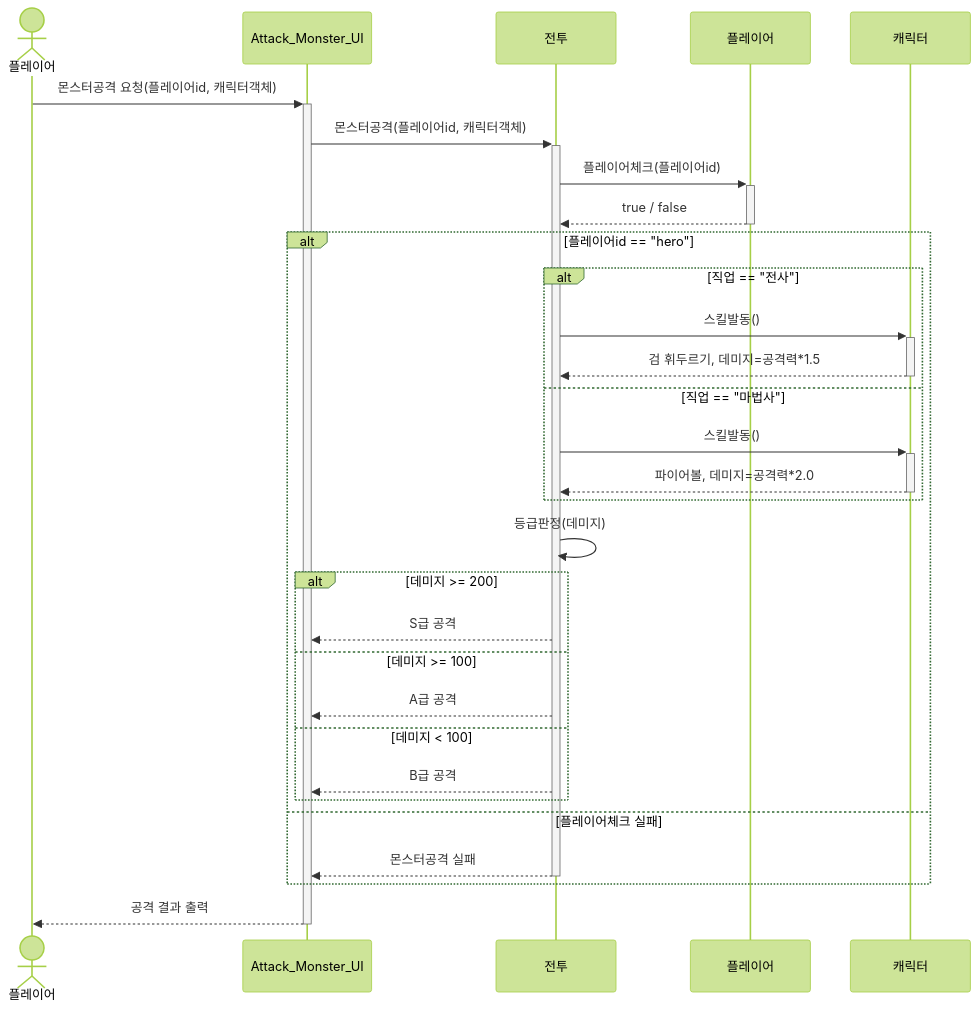
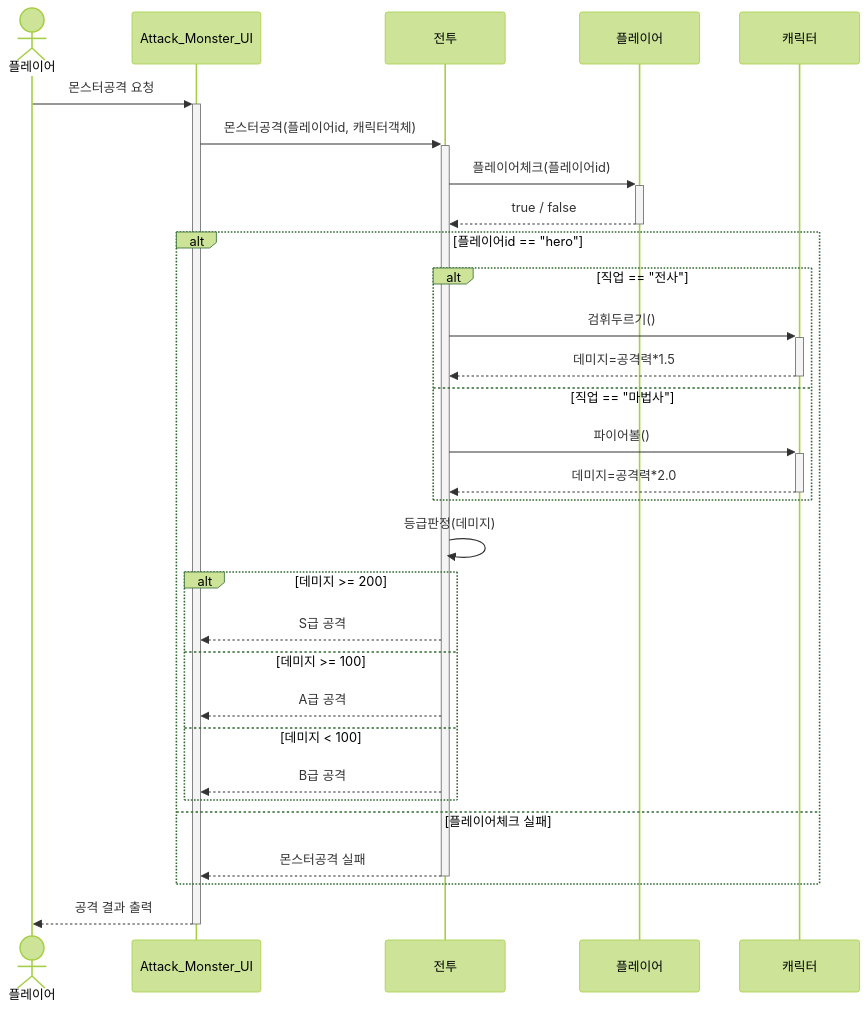
Before and after one commit to Sewqp/Dnf_game_Team6: the diagram in 공격순차도.md, drawn with Mermaid (forest theme). The commit also changed other lines of this file, not shown here.

````diff
--- a/공격순차도.md
+++ b/공격순차도.md
@@ -3,39 +1,38 @@
 ```mermaid
 sequenceDiagram
     actor 플레이어
     participant Attack_Monster_UI
     participant 전투
     participant 플레이어객체 as 플레이어
     participant 캐릭터
 
-    플레이어 ->>+ Attack_Monster_UI: 몬스터공격 요청(플레이어id, 캐릭터객체)
+    플레이어 ->>+ Attack_Monster_UI: 몬스터공격 요청
     Attack_Monster_UI ->>+ 전투: 몬스터공격(플레이어id, 캐릭터객체)
 
     전투 ->>+ 플레이어객체: 플레이어체크(플레이어id)
     플레이어객체 -->>- 전투: true / false
 
     alt 플레이어id == "hero"
         alt 직업 == "전사"
-            전투 ->>+ 캐릭터: 스킬발동()
-            캐릭터 -->>- 전투: 검 휘두르기, 데미지=공격력*1.5
+            전투 ->>+ 캐릭터: 검휘두르기()
+            캐릭터 -->>- 전투: 데미지=공격력*1.5
         else 직업 == "마법사"
-            전투 ->>+ 캐릭터: 스킬발동()
-            캐릭터 -->>- 전투: 파이어볼, 데미지=공격력*2.0
+            전투 ->>+ 캐릭터: 파이어볼()
+            캐릭터 -->>- 전투: 데미지=공격력*2.0
         end
 
         전투 ->> 전투: 등급판정(데미지)
 
         alt 데미지 >= 200
             전투 -->> Attack_Monster_UI: S급 공격
         else 데미지 >= 100
             전투 -->> Attack_Monster_UI: A급 공격
         else 데미지 < 100
             전투 -->> Attack_Monster_UI: B급 공격
         end
-
     else 플레이어체크 실패
         전투 -->>- Attack_Monster_UI: 몬스터공격 실패
     end
 
     Attack_Monster_UI -->>- 플레이어: 공격 결과 출력
 ```
````
